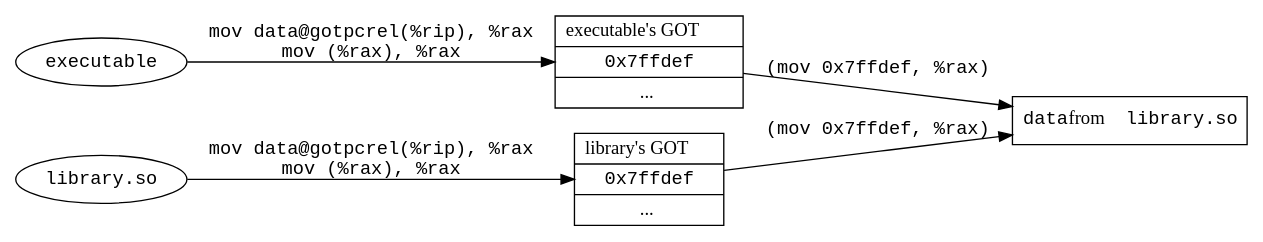
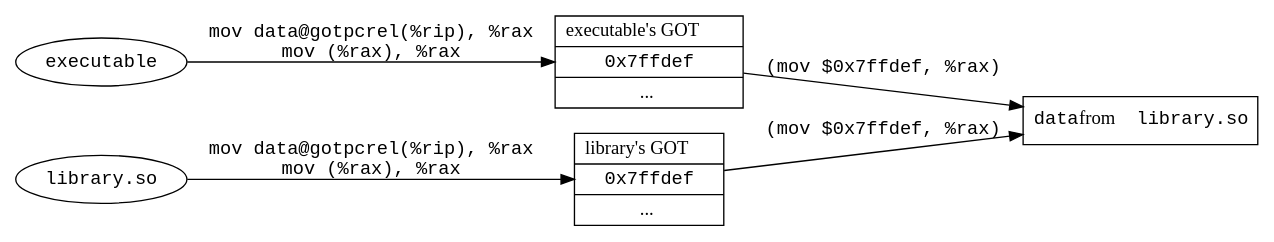
One commit to solb/thesis changed the diagram in figs/gotables.dot. Above: the diagram before and after it, drawn with Graphviz.

Commit message:
figs/gotables.dot: Fix missing immediate-operand dollar signs

```diff
--- a/figs/gotables.dot
+++ b/figs/gotables.dot
@@ -1,16 +1,16 @@
 strict digraph {
 	rankdir=LR;
 	edge [fontname="monospace"];
 
 	mod0 [label="executable", fontname="monospace"]
 	got0 [shape=record, label=<executable's GOT|<font face="monospace">0x7ffdef</font>|...>];
 	mod0 -> got0 [label="mov data@gotpcrel(%rip), %rax\nmov (%rax), %rax"];
 
 	modN [label="library.so", fontname="monospace"];
 	gotN [shape=record, label=<library's GOT|<font face="monospace">0x7ffdef</font>|...>];
 	modN -> gotN [label="mov data@gotpcrel(%rip), %rax\nmov (%rax), %rax"];
 
 	funN [shape=box, label=<<font face="monospace">data</font> from <font face="monospace">library.so</font>>];
-	got0 -> funN [label="(mov 0x7ffdef, %rax)"];
-	gotN -> funN [label="(mov 0x7ffdef, %rax)"];
+	got0 -> funN [label="(mov $0x7ffdef, %rax)"];
+	gotN -> funN [label="(mov $0x7ffdef, %rax)"];
 }
```
